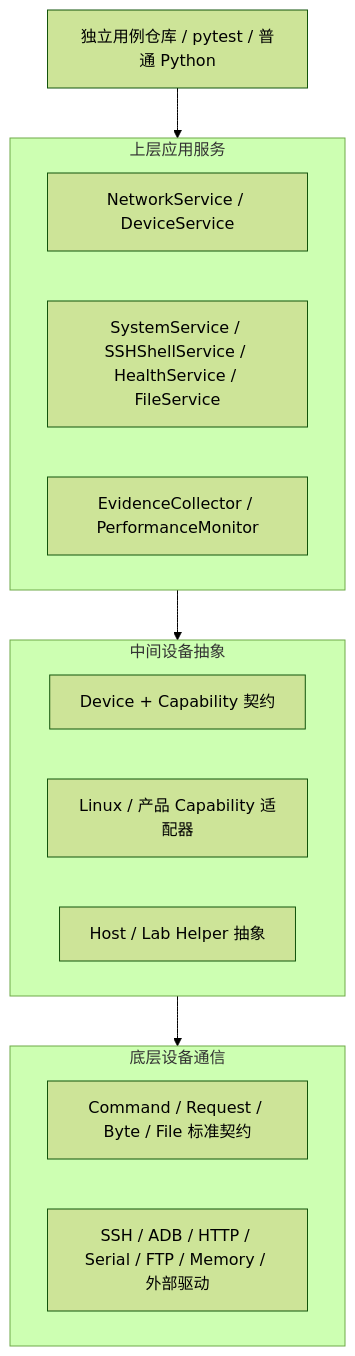
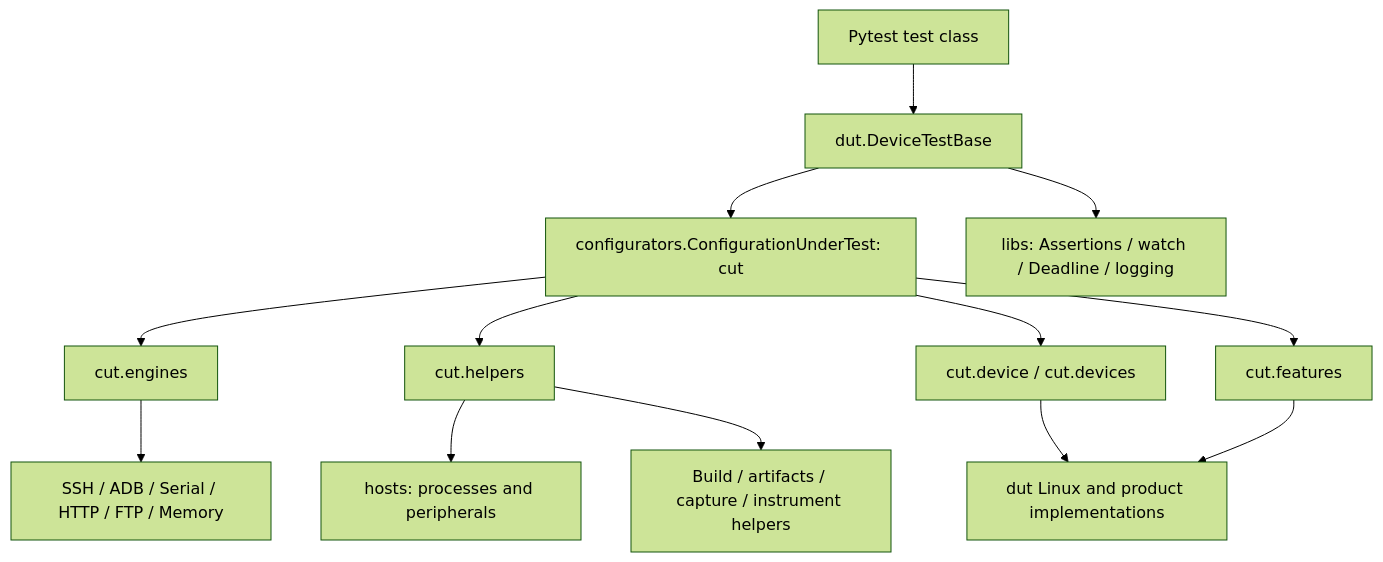
The diagram in docs/architecture.md (elisaqian666/embedded_test_framework), drawn with Mermaid (forest theme) before and after one commit. The commit also changed other lines of this file and 122 other files, not shown here.

````diff
--- a/docs/architecture.md
+++ b/docs/architecture.md
@@ -10,20 +5,15 @@
 ```mermaid
-flowchart TB
-    Tests[独立用例仓库 / pytest / 普通 Python] --> Services
-    subgraph Services[上层应用服务]
-        Network[NetworkService / DeviceService]
-        Legacy[SystemService / SSHShellService / HealthService / FileService]
-        Diagnostics[EvidenceCollector / PerformanceMonitor]
-    end
-    Services --> Devices
-    subgraph Devices[中间设备抽象]
-        DUT[Device + Capability 契约]
-        Adapters[Linux / 产品 Capability 适配器]
-        Lab[Host / Lab Helper 抽象]
-    end
-    Devices --> Engine
-    subgraph Engine[底层设备通信]
-        Contracts[Command / Request / Byte / File 标准契约]
-        Drivers[SSH / ADB / HTTP / Serial / FTP / Memory / 外部驱动]
-    end
+flowchart TD
+    T[Pytest test class] --> B[dut.DeviceTestBase]
+    B --> C[configurators.ConfigurationUnderTest: cut]
+    C --> E[cut.engines]
+    C --> H[cut.helpers]
+    C --> F[cut.features]
+    C --> D[cut.device / cut.devices]
+    E --> P[SSH / ADB / Serial / HTTP / FTP / Memory]
+    H --> HH[hosts: processes and peripherals]
+    H --> X[Build / artifacts / capture / instrument helpers]
+    D --> L[dut Linux and product implementations]
+    F --> L
+    B --> U[libs: Assertions / watch / Deadline / logging]
 ```
````
